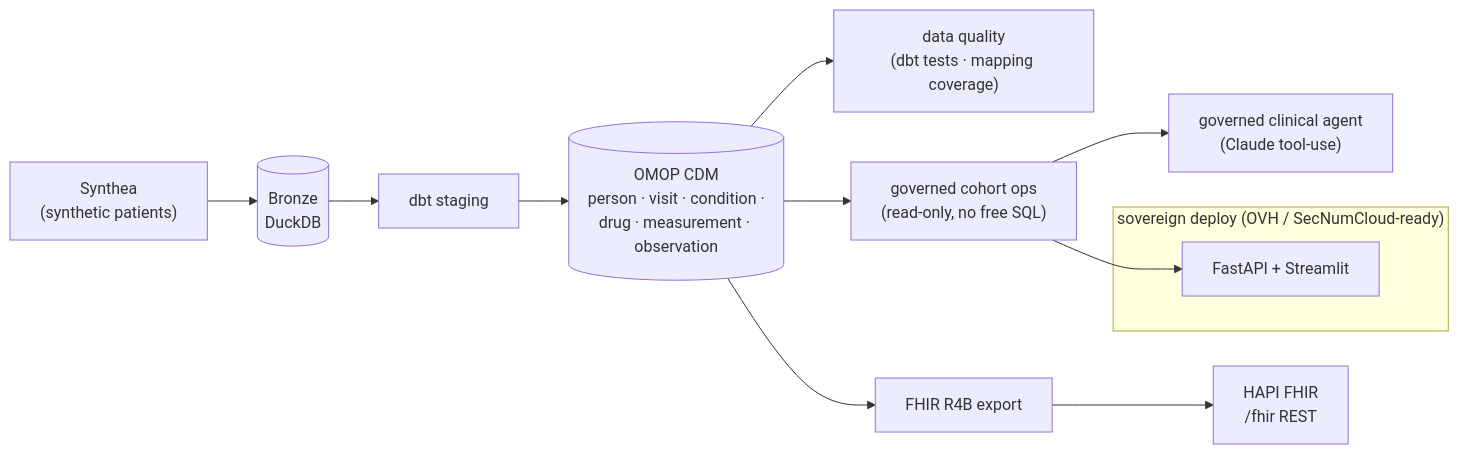
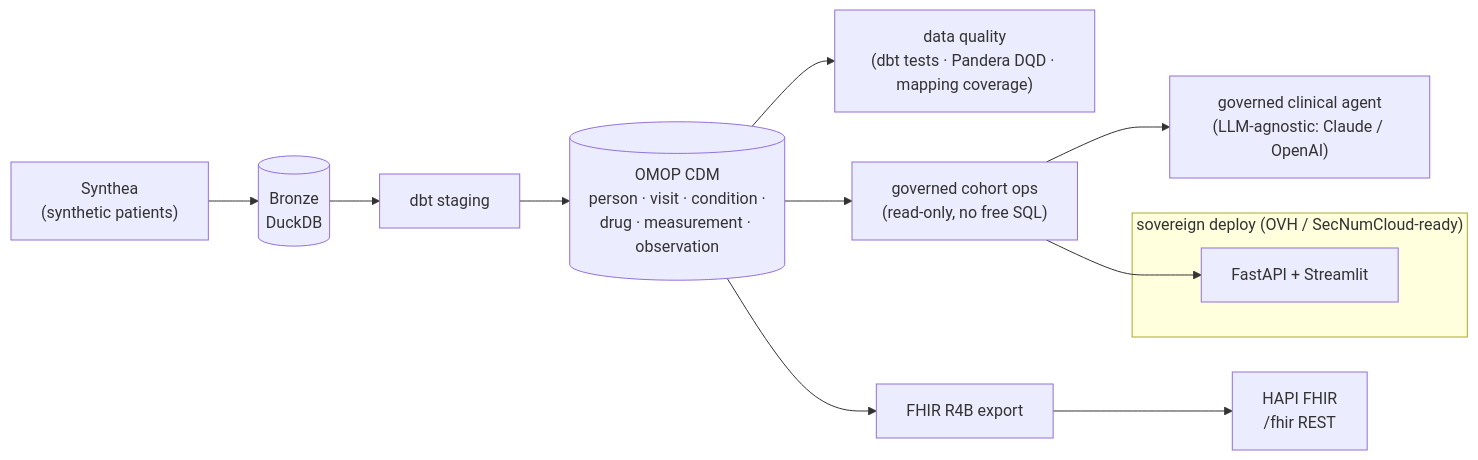
The diagram in README.md (behramkorkut/synthea-to-omop-fhir), drawn with Mermaid before and after one commit. The commit also changed other lines of this file and 10 other files, not shown here.

Commit message:
docs: refresh README and architecture.md with production-ready 8-step upgrade

````diff
--- a/README.md
+++ b/README.md
@@ -23,15 +25,15 @@
 ```mermaid
 flowchart LR
     SYN["Synthea<br/>(synthetic patients)"] --> BRONZE[("Bronze<br/>DuckDB")]
     BRONZE --> STG["dbt staging"]
     STG --> OMOP[("OMOP CDM<br/>person · visit · condition ·<br/>drug · measurement · observation")]
-    OMOP --> DQ["data quality<br/>(dbt tests · mapping coverage)"]
+    OMOP --> DQ["data quality<br/>(dbt tests · Pandera DQD · mapping coverage)"]
     OMOP --> COHORT["governed cohort ops<br/>(read-only, no free SQL)"]
     OMOP --> FHIREXP["FHIR R4B export"] --> HAPI["HAPI FHIR<br/>/fhir REST"]
-    COHORT --> AGENT["governed clinical agent<br/>(Claude tool-use)"]
+    COHORT --> AGENT["governed clinical agent<br/>(LLM-agnostic: Claude / OpenAI)"]
     COHORT --> API["FastAPI + Streamlit"]
 
     subgraph SOV["sovereign deploy (OVH / SecNumCloud-ready)"]
         API
     end
 ```
````
